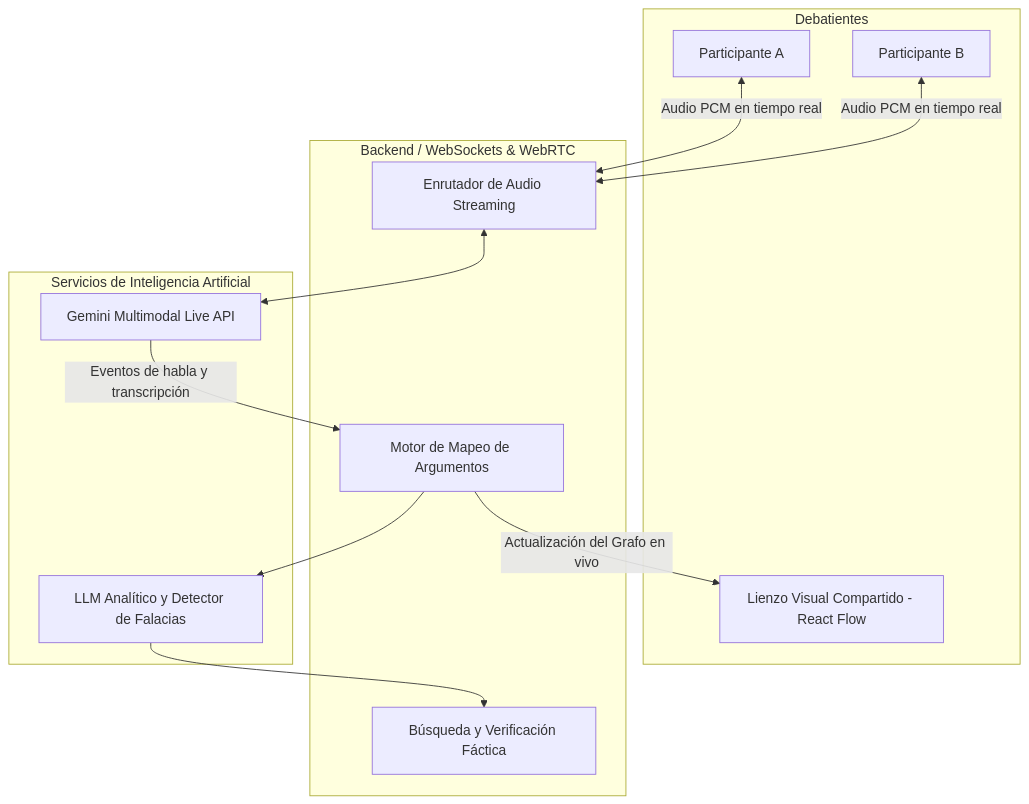
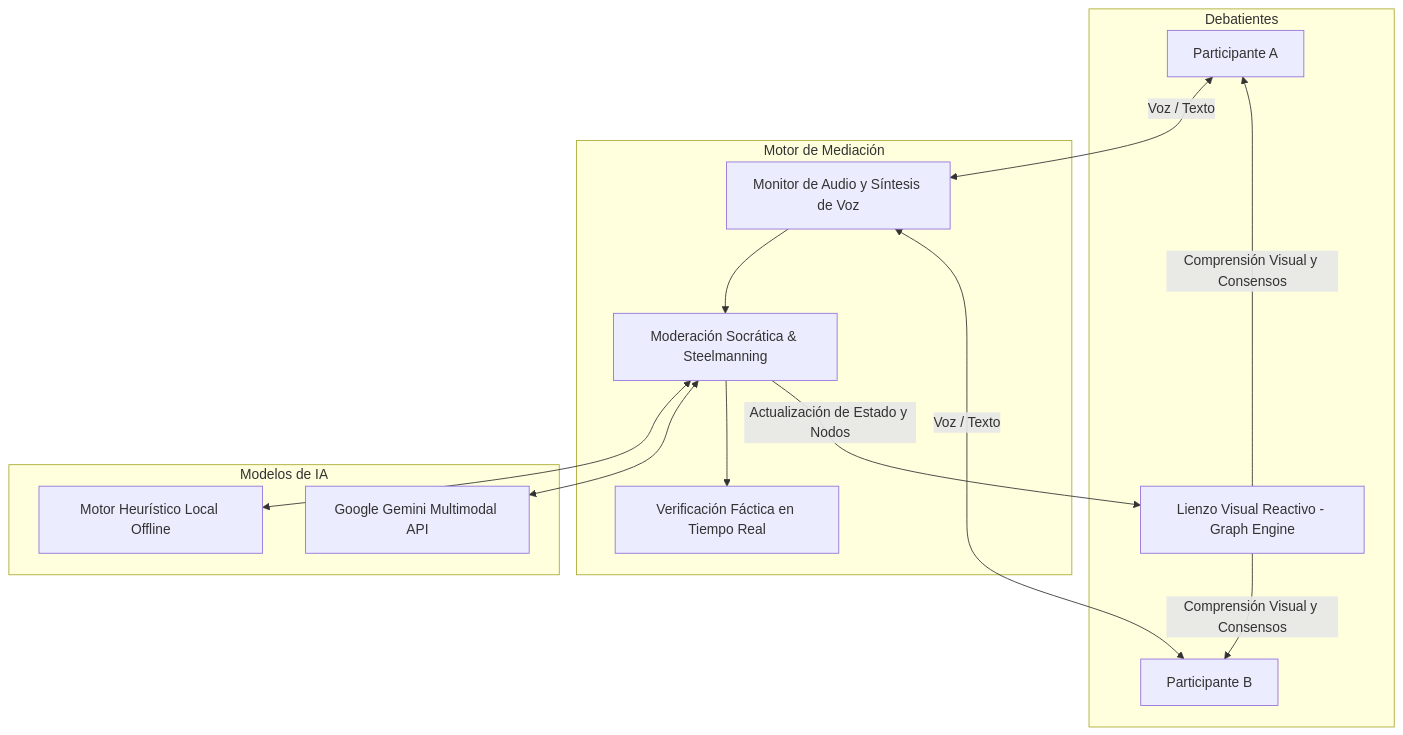
Before and after one commit to MajajiCL/ai-debate-mediator: the diagram in README.md, drawn with Mermaid. The commit also changed other lines of this file and 3 other files, not shown here.

Commit message:
feat: complete interactive AI Debate Mediator app with live GitHub Pages deployment

````diff
--- a/README.md
+++ b/README.md
@@ -19,26 +60,26 @@
 ```mermaid
 flowchart TD
     subgraph Participantes [Debatientes]
         UserA[Participante A]
         UserB[Participante B]
-        Canvas[Lienzo Visual Compartido - React Flow]
+        Canvas[Lienzo Visual Reactivo - Graph Engine]
     end
 
-    subgraph Gateway [Backend / WebSockets & WebRTC]
-        AudioRouter[Enrutador de Audio Streaming]
-        GraphEngine[Motor de Mapeo de Argumentos]
-        FactCheck[Búsqueda y Verificación Fáctica]
+    subgraph MediatorCore [Motor de Mediación]
+        AudioRouter[Monitor de Audio y Síntesis de Voz]
+        SocraticEngine[Moderación Socrática & Steelmanning]
+        FactCheck[Verificación Fáctica en Tiempo Real]
     end
 
-    subgraph IA [Servicios de Inteligencia Artificial]
-        LiveAPI[Gemini Multimodal Live API]
-        Analyst[LLM Analítico y Detector de Falacias]
+    subgraph Inteligencia [Modelos de IA]
+        LocalEngine[Motor Heurístico Local Offline]
+        GeminiAPI[Google Gemini Multimodal API]
     end
 
-    UserA & UserB <-->|Audio PCM en tiempo real| AudioRouter
-    AudioRouter <--> LiveAPI
-    LiveAPI -->|Eventos de habla y transcripción| GraphEngine
-    GraphEngine --> Analyst
-    Analyst --> FactCheck
-    GraphEngine -->|Actualización del Grafo en vivo| Canvas
+    UserA & UserB <-->|Voz / Texto| AudioRouter
+    AudioRouter --> SocraticEngine
+    SocraticEngine <--> LocalEngine & GeminiAPI
+    SocraticEngine --> FactCheck
+    SocraticEngine -->|Actualización de Estado y Nodos| Canvas
+    Canvas -->|Comprensión Visual y Consensos| UserA & UserB
 ```
````
